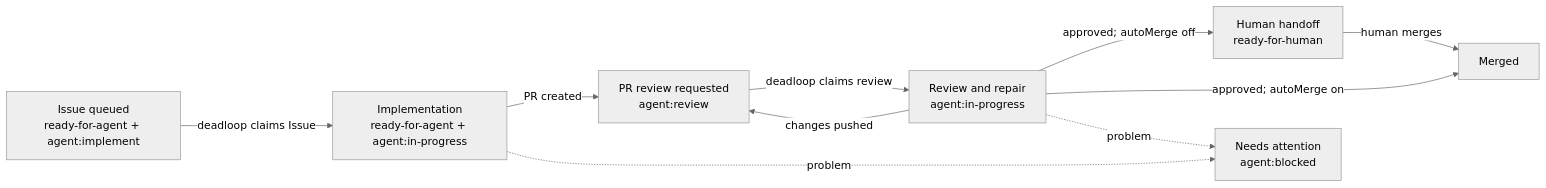
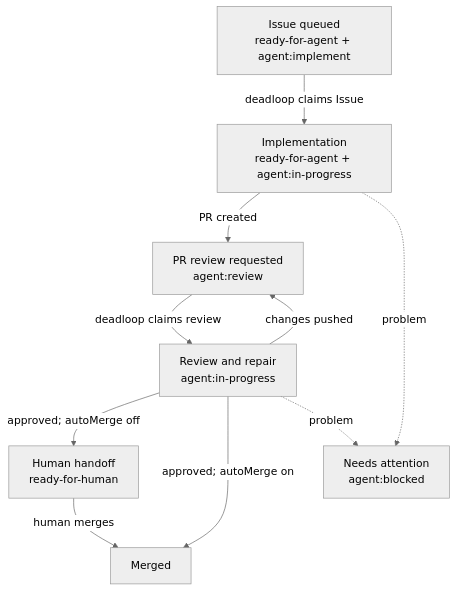
The diagram in README.md (yasuhito/deadloop), drawn with Mermaid (neutral theme) before and after one commit. The commit also changed other lines of this file and 1 other file, not shown here.

Commit message:
docs: make label workflow diagram vertical

````diff
--- a/README.md
+++ b/README.md
@@ -55,20 +55,20 @@
 ```mermaid
-flowchart LR
+flowchart TD
     I["Issue queued<br/>ready-for-agent + agent:implement"]
     W["Implementation<br/>ready-for-agent + agent:in-progress"]
     R["PR review requested<br/>agent:review"]
     V["Review and repair<br/>agent:in-progress"]
     H["Human handoff<br/>ready-for-human"]
     M["Merged"]
     B["Needs attention<br/>agent:blocked"]
 
     I -->|deadloop claims Issue| W
     W -->|PR created| R
     R -->|deadloop claims review| V
     V -->|changes pushed| R
     V -->|approved; autoMerge off| H
     V -->|approved; autoMerge on| M
     H -->|human merges| M
     W -. problem .-> B
     V -. problem .-> B
 ```
````
